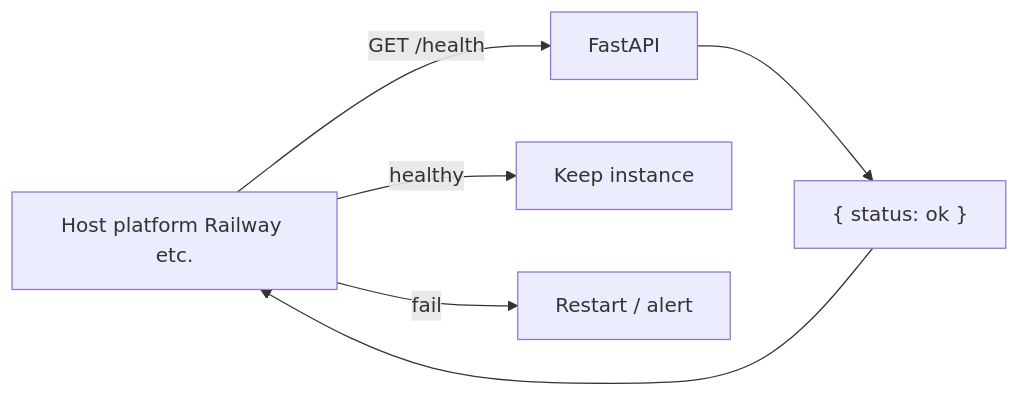
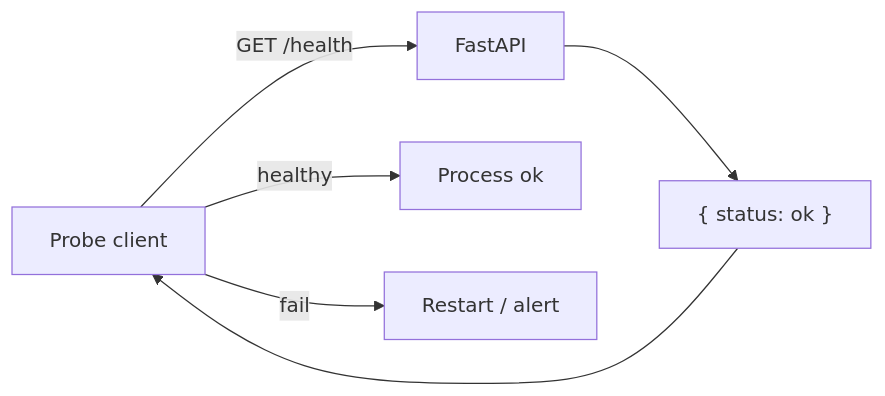
Before and after one commit to KamilLopez09/PhishSignal: the seventh of 7 diagrams in docs/FLOWS.md, drawn with Mermaid. The commit also changed other lines of this file and 75 other files, not shown here.

First line of the commit message:
Ship Next.js analyzer, harden API pickle serve, and organize platform configs under deploy/.

````diff
--- a/docs/FLOWS.md
+++ b/docs/FLOWS.md
@@ -179,8 +179,8 @@
 ```mermaid
 flowchart LR
-  H[Host platform Railway etc.] -->|GET /health| A[FastAPI]
+  H[Probe client] -->|GET /health| A[FastAPI]
   A --> R["{ status: ok }"]
   R --> H
-  H -->|healthy| T[Keep instance]
+  H -->|healthy| T[Process ok]
   H -->|fail| R2[Restart / alert]
 ```
````
